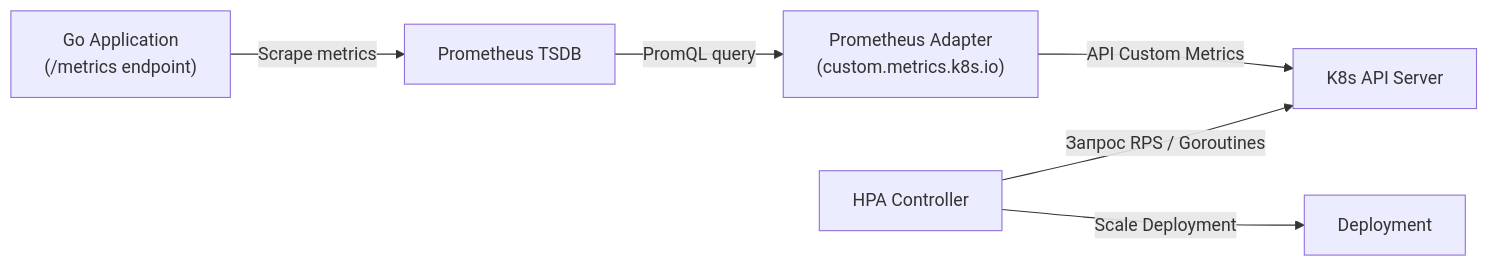
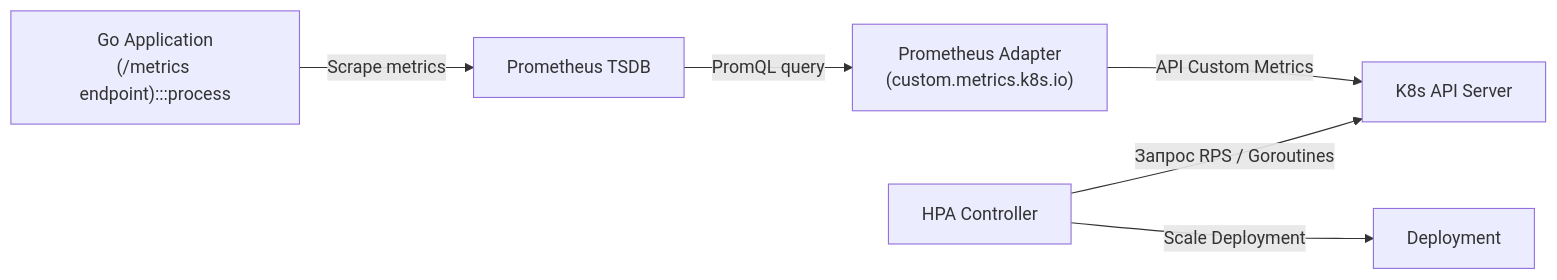
Before and after one commit to UnrealTemplier/go-textbook: the fourth of 5 diagrams in sources/19. Инфраструктура. Linux, nginx, Docker, Kubernetes/04. Kubernetes/5. Scaling и autoscaling.md, drawn with Mermaid. The commit also changed other lines of this file and 1666 other files, not shown here.

First line of the commit message:
feat(mermaid): add semantic color classDef to 1369 colorless flowchart/graph diagrams

````diff
--- a/sources/19. Инфраструктура. Linux, nginx, Docker, Kubernetes/04. Kubernetes/5. Scaling и autoscaling.md
+++ b/sources/19. Инфраструктура. Linux, nginx, Docker, Kubernetes/04. Kubernetes/5. Scaling и autoscaling.md
@@ -131,8 +151,18 @@
 ```mermaid
 flowchart LR
-    GoApp["Go Application\n(/metrics endpoint)"] -->|"Scrape metrics"| Prom["Prometheus TSDB"]
+    classDef process  fill:#1e293b,stroke:#38bdf8,stroke-width:1px,color:#f8fafc
+    classDef success  fill:#064e3b,stroke:#34d399,stroke-width:1px,color:#f8fafc
+    classDef error    fill:#7f1d1d,stroke:#f87171,stroke-width:1px,color:#f8fafc
+    classDef warning  fill:#78350f,stroke:#fbbf24,stroke-width:1px,color:#f8fafc
+    classDef entry    fill:#1e3a5f,stroke:#38bdf8,stroke-width:2px,color:#f8fafc
+    classDef aux      fill:#334155,stroke:#64748b,stroke-width:1px,color:#f8fafc
+    classDef system   fill:#312e81,stroke:#a78bfa,stroke-width:1px,color:#f8fafc
+    classDef data     fill:#132d29,stroke:#2dd4bf,stroke-width:1px,color:#f8fafc
+    classDef network  fill:#881337,stroke:#fb7185,stroke-width:1px,color:#f8fafc
+    classDef accent   fill:#1e1b4b,stroke:#818cf8,stroke-width:1px,color:#f8fafc
+    GoApp["Go Application\n(/metrics endpoint):::process"] -->|"Scrape metrics"| Prom["Prometheus TSDB"]
     Prom -->|"PromQL query"| Adapter["Prometheus Adapter\n(custom.metrics.k8s.io)"]
     Adapter -->|"API Custom Metrics"| APIServer["K8s API Server"]
     HPA["HPA Controller"] -->|"Запрос RPS / Goroutines"| APIServer
     HPA -->|"Scale Deployment"| Deploy["Deployment"]
 ```
````
